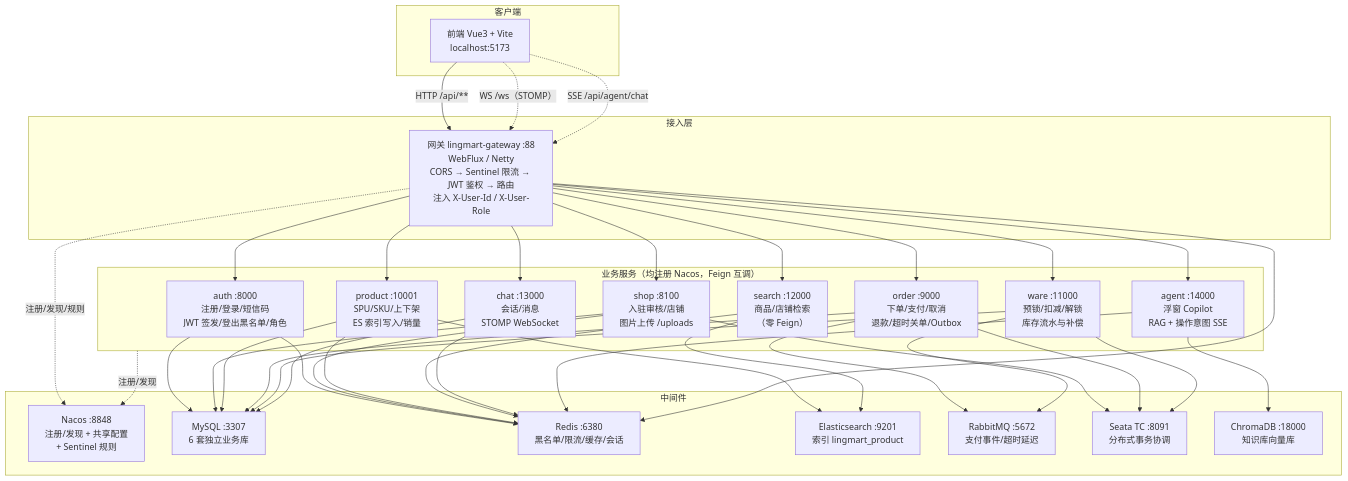
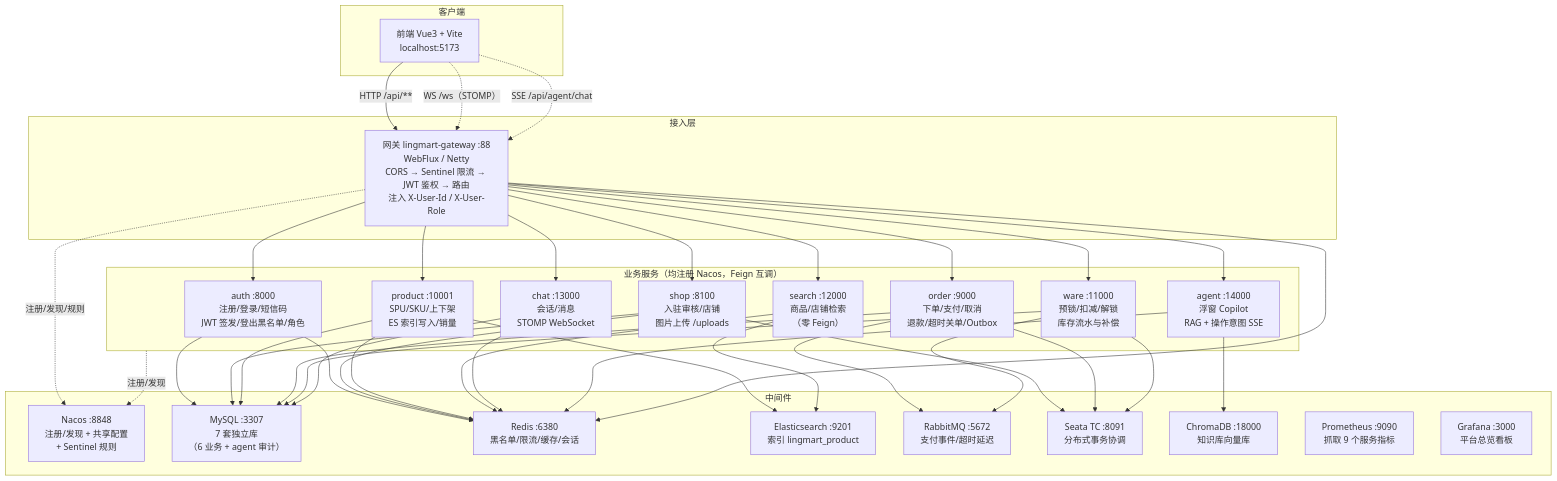
Before and after one commit to WaterSilverHg/ling-mart: the first of 19 diagrams in docs/architecture-diagrams.md, drawn with Mermaid. The commit also changed other lines of this file and 139 other files, not shown here.

````diff
--- a/docs/architecture-diagrams.md
+++ b/docs/architecture-diagrams.md
@@ -31,69 +31,71 @@
 ```mermaid
 flowchart TB
     subgraph CLIENT["客户端"]
         FE["前端 Vue3 + Vite<br/>localhost:5173"]
     end
 
     subgraph EDGE["接入层"]
         GW["网关 lingmart-gateway :88<br/>WebFlux / Netty<br/>CORS → Sentinel 限流 → JWT 鉴权 → 路由<br/>注入 X-User-Id / X-User-Role"]
     end
 
     subgraph SVC["业务服务（均注册 Nacos，Feign 互调）"]
         AUTH["auth :8000<br/>注册/登录/短信码<br/>JWT 签发/登出黑名单/角色"]
         SHOP["shop :8100<br/>入驻审核/店铺<br/>图片上传 /uploads"]
         PRODUCT["product :10001<br/>SPU/SKU/上下架<br/>ES 索引写入/销量"]
         ORDER["order :9000<br/>下单/支付/取消<br/>退款/超时关单/Outbox"]
         WARE["ware :11000<br/>预锁/扣减/解锁<br/>库存流水与补偿"]
         SEARCH["search :12000<br/>商品/店铺检索<br/>（零 Feign）"]
         CHAT["chat :13000<br/>会话/消息<br/>STOMP WebSocket"]
         AGENT["agent :14000<br/>浮窗 Copilot<br/>RAG + 操作意图 SSE"]
     end
 
     subgraph MW["中间件"]
         NACOS["Nacos :8848<br/>注册/发现 + 共享配置<br/>+ Sentinel 规则"]
-        MYSQL["MySQL :3307<br/>6 套独立业务库"]
+        MYSQL["MySQL :3307<br/>7 套独立库<br/>（6 业务 + agent 审计）"]
         REDIS["Redis :6380<br/>黑名单/限流/缓存/会话"]
         ES["Elasticsearch :9201<br/>索引 lingmart_product"]
         MQ["RabbitMQ :5672<br/>支付事件/超时延迟"]
         SEATA["Seata TC :8091<br/>分布式事务协调"]
         CHROMA["ChromaDB :18000<br/>知识库向量库"]
+        PROM["Prometheus :9090<br/>抓取 9 个服务指标"]
+        GRAF["Grafana :3000<br/>平台总览看板"]
     end
 
     FE -->|"HTTP /api/**"| GW
     FE -.->|"WS /ws（STOMP）"| GW
     FE -.->|"SSE /api/agent/chat"| GW
 
     GW --> AUTH
     GW --> SHOP
     GW --> PRODUCT
     GW --> ORDER
     GW --> WARE
     GW --> SEARCH
     GW --> CHAT
     GW --> AGENT
 
     AUTH --> MYSQL
     AUTH --> REDIS
     SHOP --> MYSQL
     SHOP --> REDIS
     SHOP --> SEATA
     PRODUCT --> MYSQL
     PRODUCT --> ES
     PRODUCT --> REDIS
     ORDER --> MYSQL
     ORDER --> MQ
     ORDER --> SEATA
     WARE --> MYSQL
     WARE --> MQ
     WARE --> SEATA
     SEARCH --> ES
     SEARCH --> REDIS
     CHAT --> MYSQL
     CHAT --> REDIS
     AGENT --> REDIS
     AGENT --> CHROMA
     GW --> REDIS
 
     SVC -.->|"注册/发现"| NACOS
     GW -.->|"注册/发现/规则"| NACOS
 ```
````
